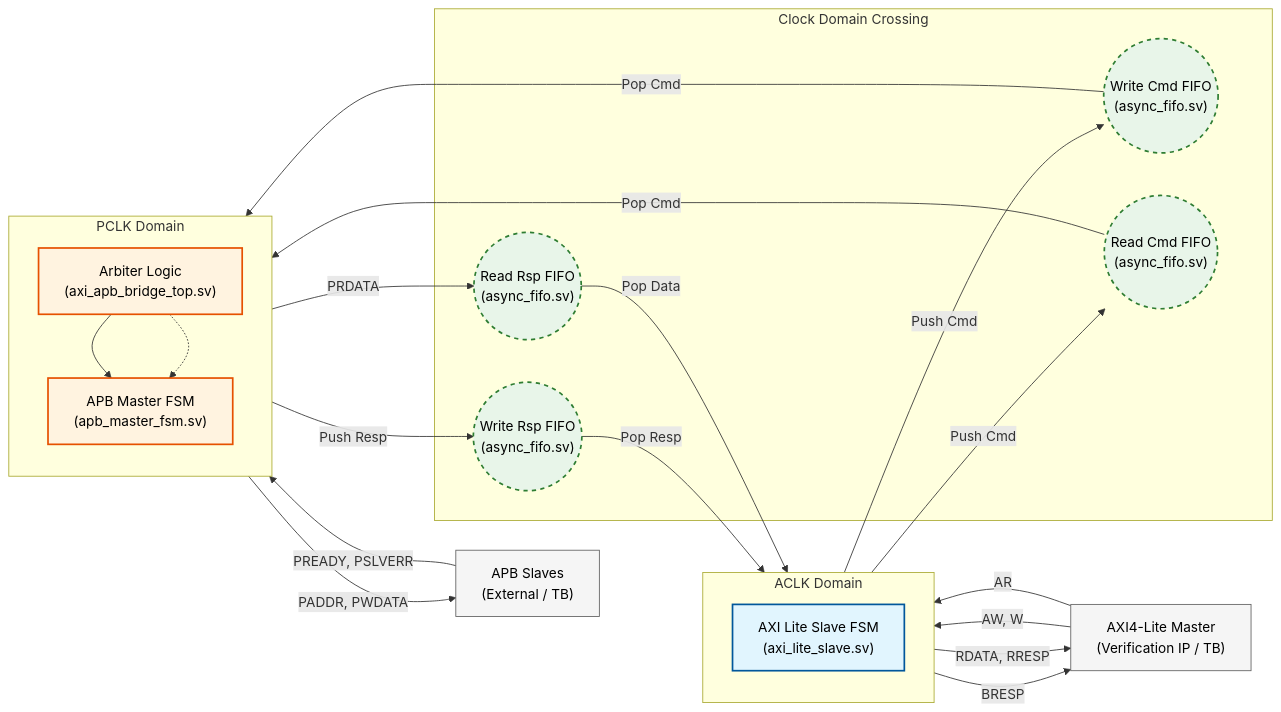
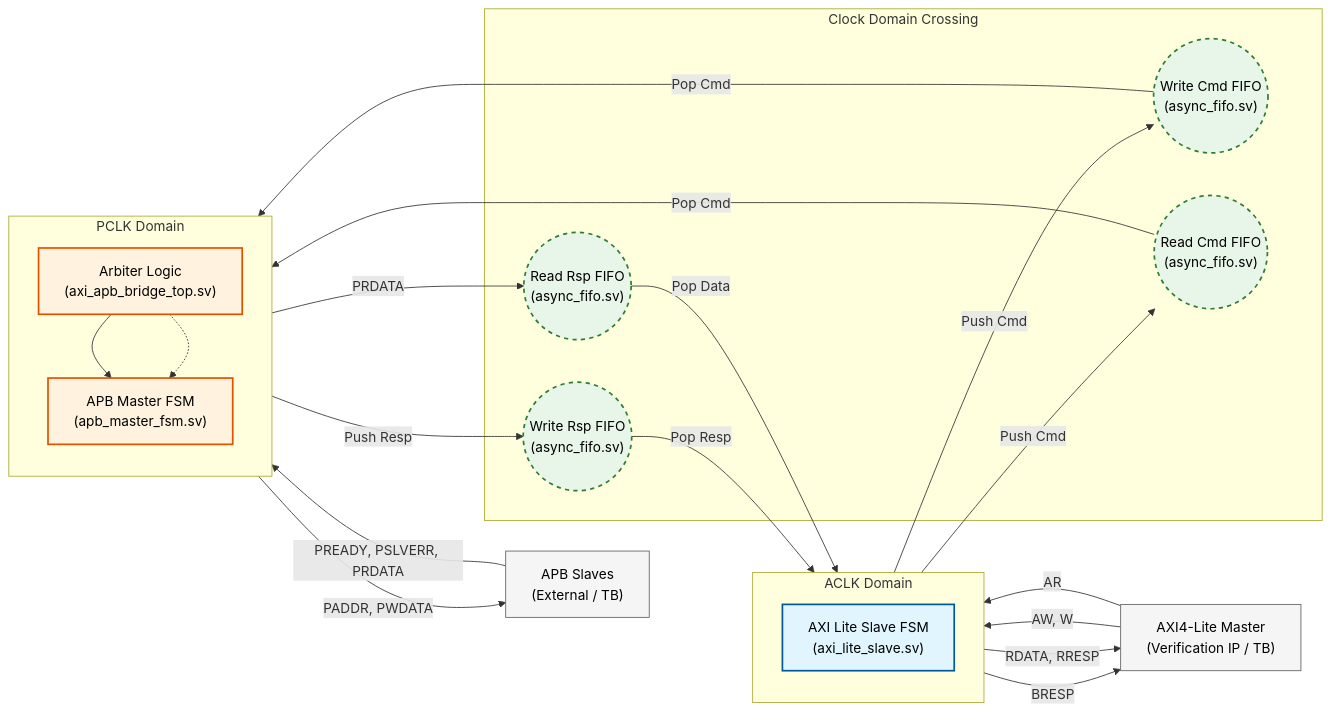
The diagram in README.md (noammalca1/AXI4-Lite-to-APB-Bridge-with-Asynchronous-CDC), drawn with Mermaid before and after one commit.

````diff
--- a/README.md
+++ b/README.md
@@ -6,53 +6,57 @@
 ```mermaid
 graph LR
     %% Styles
     classDef aclk fill:#e1f5fe,stroke:#01579b,stroke-width:2px,color:black;
     classDef pclk fill:#fff3e0,stroke:#e65100,stroke-width:2px,color:black;
     classDef fifo fill:#e8f5e9,stroke:#2e7d32,stroke-width:2px,stroke-dasharray: 5 5,color:black;
     classDef ext fill:#f5f5f5,stroke:#616161,stroke-width:1px,color:black;
 
     %% External Interfaces
     AXI_Master["AXI4-Lite Master<br/>(Verification IP / TB)"]:::ext
     APB_Slaves["APB Slaves<br/>(External / TB)"]:::ext
 
     %% ACLK Domain Subgraph
     subgraph ACLK_Domain [ACLK Domain]
         direction TB
         AXI_Slave["AXI Lite Slave FSM<br/>(axi_lite_slave.sv)"]:::aclk
     end
 
     %% PCLK Domain Subgraph
     subgraph PCLK_Domain [PCLK Domain]
         direction TB
         Arbiter["Arbiter Logic<br/>(axi_apb_bridge_top.sv)"]:::pclk
         APB_FSM["APB Master FSM<br/>(apb_master_fsm.sv)"]:::pclk
     end
 
     %% FIFOs (CDC)
     subgraph CDC [Clock Domain Crossing]
         WrCmd_FIFO(("Write Cmd FIFO<br/>(async_fifo.sv)")):::fifo
         RdCmd_FIFO(("Read Cmd FIFO<br/>(async_fifo.sv)")):::fifo
         WrRsp_FIFO(("Write Rsp FIFO<br/>(async_fifo.sv)")):::fifo
         RdRsp_FIFO(("Read Rsp FIFO<br/>(async_fifo.sv)")):::fifo
     end
 
     %% Flow Connections - Write Path
     AXI_Master -- AW, W --> AXI_Slave
     AXI_Slave -- Push Cmd --> WrCmd_FIFO
     WrCmd_FIFO -- Pop Cmd --> Arbiter
     Arbiter --> APB_FSM
     APB_FSM -- PADDR, PWDATA --> APB_Slaves
-    APB_Slaves -- PREADY, PSLVERR --> APB_FSM
+    
+    %% --- השינוי כאן: הוספתי את PRDATA ---
+    APB_Slaves -- PREADY, PSLVERR, PRDATA --> APB_FSM
+    %% ------------------------------------
+
     APB_FSM -- Push Resp --> WrRsp_FIFO
     WrRsp_FIFO -- Pop Resp --> AXI_Slave
     AXI_Slave -- BRESP --> AXI_Master
 
     %% Flow Connections - Read Path
     AXI_Master -- AR --> AXI_Slave
     AXI_Slave -- Push Cmd --> RdCmd_FIFO
     RdCmd_FIFO -- Pop Cmd --> Arbiter
     Arbiter -.-> APB_FSM
     APB_FSM -- PRDATA --> RdRsp_FIFO
     RdRsp_FIFO -- Pop Data --> AXI_Slave
     AXI_Slave -- RDATA, RRESP --> AXI_Master
 ```
````
